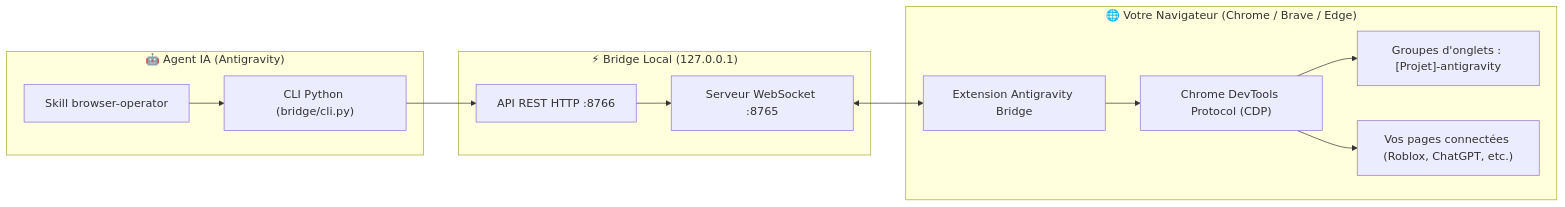
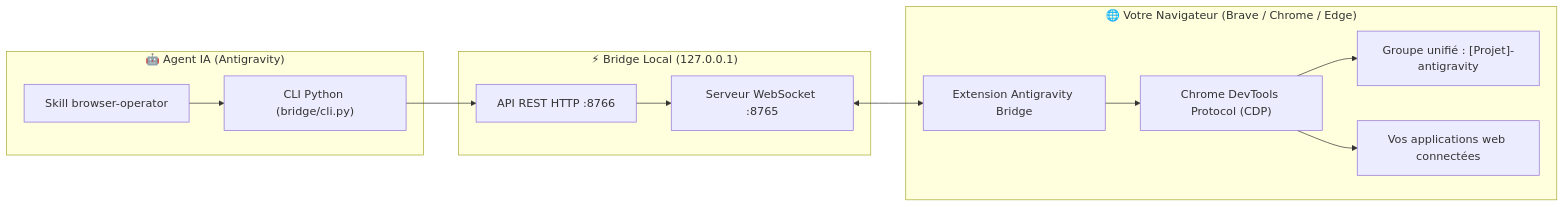
The diagram in README.md (hugu641/antigravity-browser-bridge), drawn with Mermaid before and after one commit. The commit also changed other lines of this file and 2 other files, not shown here.

````diff
--- a/README.md
+++ b/README.md
@@ -36,27 +78,27 @@
 ```mermaid
 flowchart LR
     subgraph IA["🤖 Agent IA (Antigravity)"]
         SKILL["Skill browser-operator"]
         CLI["CLI Python (bridge/cli.py)"]
     end
 
     subgraph BRIDGE["⚡ Bridge Local (127.0.0.1)"]
         REST["API REST HTTP :8766"]
         WS["Serveur WebSocket :8765"]
     end
 
-    subgraph BROWSER["🌐 Votre Navigateur (Chrome / Brave / Edge)"]
+    subgraph BROWSER["🌐 Votre Navigateur (Brave / Chrome / Edge)"]
         EXT["Extension Antigravity Bridge"]
         CDP["Chrome DevTools Protocol (CDP)"]
-        GROUPS["Groupes d'onglets : [Projet]-antigravity"]
-        PAGES["Vos pages connectées (Roblox, ChatGPT, etc.)"]
+        GROUPS["Groupe unifié : [Projet]-antigravity"]
+        PAGES["Vos applications web connectées"]
     end
 
     SKILL --> CLI
     CLI --> REST
     REST --> WS
     WS <--> EXT
     EXT --> CDP
     CDP --> GROUPS
     CDP --> PAGES
 ```
````
